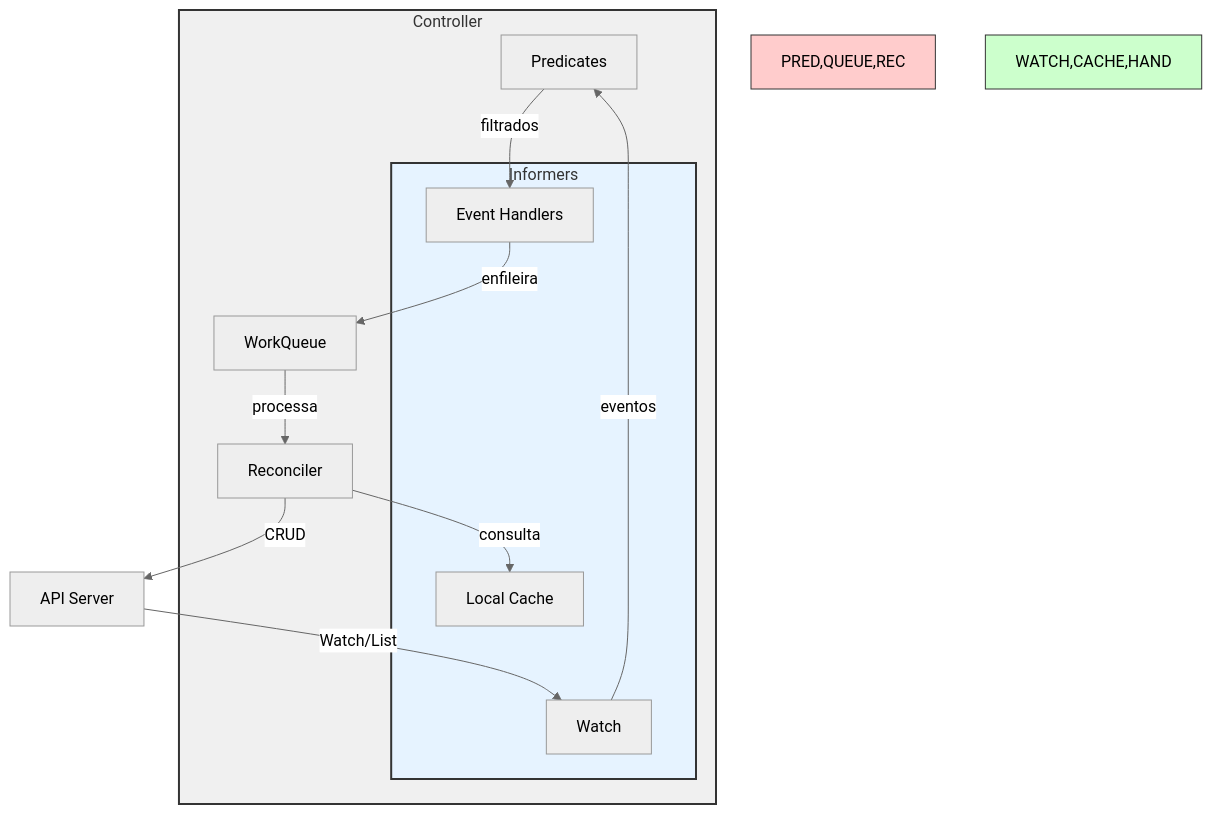
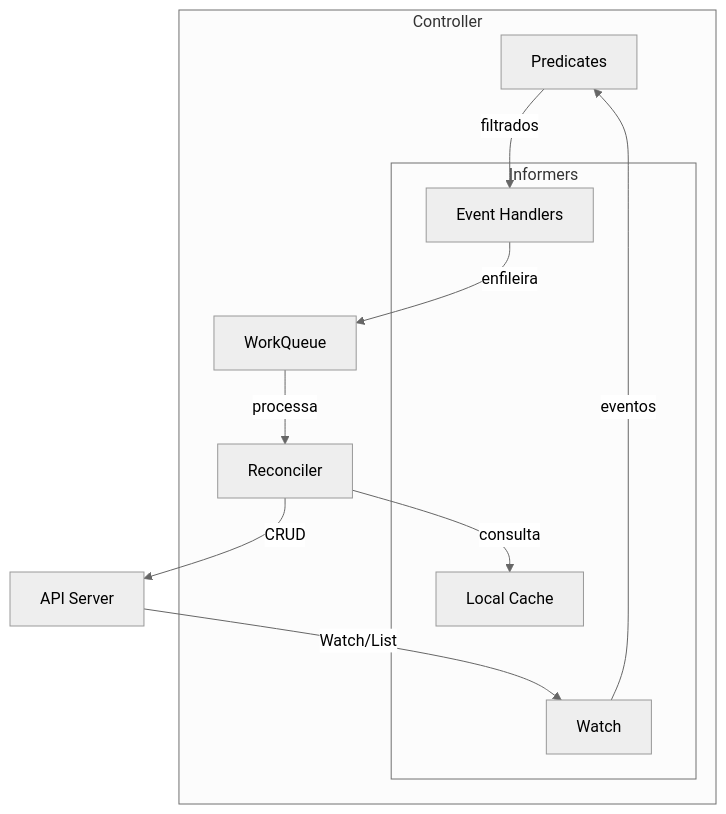
One commit to cloud104/tcloud-devops-k8s-operators-training changed the third of 4 diagrams in docs/extras/kubebuilder-guide.md. Above: the diagram before and after it, drawn with Mermaid (neutral theme). The commit also changed other lines of this file and 6 other files, not shown here.

First line of the commit message:
docs: revisa material teorico, corrige APIs e melhora diagramas

````diff
--- a/docs/extras/kubebuilder-guide.md
+++ b/docs/extras/kubebuilder-guide.md
@@ -77,28 +62,23 @@
 ```mermaid
 flowchart TD
     subgraph CTRL ["Controller"]
         PRED["Predicates"]
         QUEUE["WorkQueue"]
         REC["Reconciler"]
         
         subgraph INF ["Informers"]
             WATCH["Watch"]
             CACHE["Local Cache"]
             HAND["Event Handlers"]
         end
         
         WATCH -->|eventos| PRED
         PRED -->|filtrados| HAND
         HAND -->|enfileira| QUEUE
         QUEUE -->|processa| REC
         REC -->|consulta| CACHE
     end
     
     API["API Server"] -->|Watch/List| WATCH
     REC -->|CRUD| API
-    
-    style CTRL fill:#f0f0f0,stroke:#333,stroke-width:2px
-    style INF fill:#e6f3ff,stroke:#333,stroke-width:2px
-    style PRED,QUEUE,REC fill:#ffcccc,stroke:#333
-    style WATCH,CACHE,HAND fill:#ccffcc,stroke:#333
 ```
````
